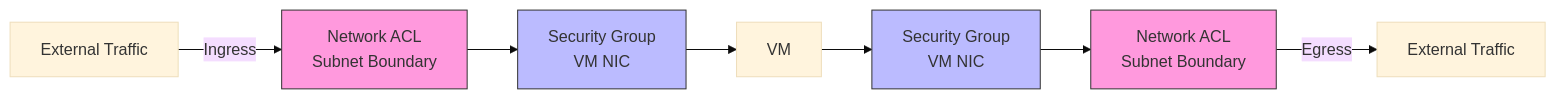
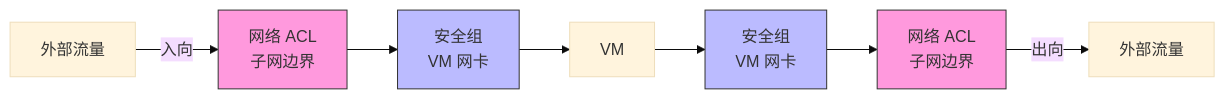
Before and after one commit to caozhiyi/network-book: the fourth of 5 diagrams in docs/10.谁来守门安全组与网络ACL.md, drawn with Mermaid (base theme). The commit also changed other lines of this file and 77 other files, not shown here.

````diff
--- a/docs/10.谁来守门安全组与网络ACL.md
+++ b/docs/10.谁来守门安全组与网络ACL.md
@@ -183,15 +187,15 @@
 ```mermaid
 graph LR
-    EXT[External Traffic] -->|Ingress| NACL_IN[Network ACL<br/>Subnet Boundary]
-    NACL_IN --> SG_IN[Security Group<br/>VM NIC]
+    EXT[外部流量] -->|入向| NACL_IN[网络 ACL<br/>子网边界]
+    NACL_IN --> SG_IN[安全组<br/>VM 网卡]
     SG_IN --> VM[VM]
-    VM --> SG_OUT[Security Group<br/>VM NIC]
-    SG_OUT --> NACL_OUT[Network ACL<br/>Subnet Boundary]
-    NACL_OUT -->|Egress| EXT2[External Traffic]
+    VM --> SG_OUT[安全组<br/>VM 网卡]
+    SG_OUT --> NACL_OUT[网络 ACL<br/>子网边界]
+    NACL_OUT -->|出向| EXT2[外部流量]
 
     style NACL_IN fill:#f9d,stroke:#333
     style NACL_OUT fill:#f9d,stroke:#333
     style SG_IN fill:#bbf,stroke:#333
     style SG_OUT fill:#bbf,stroke:#333
 
 ```
````
